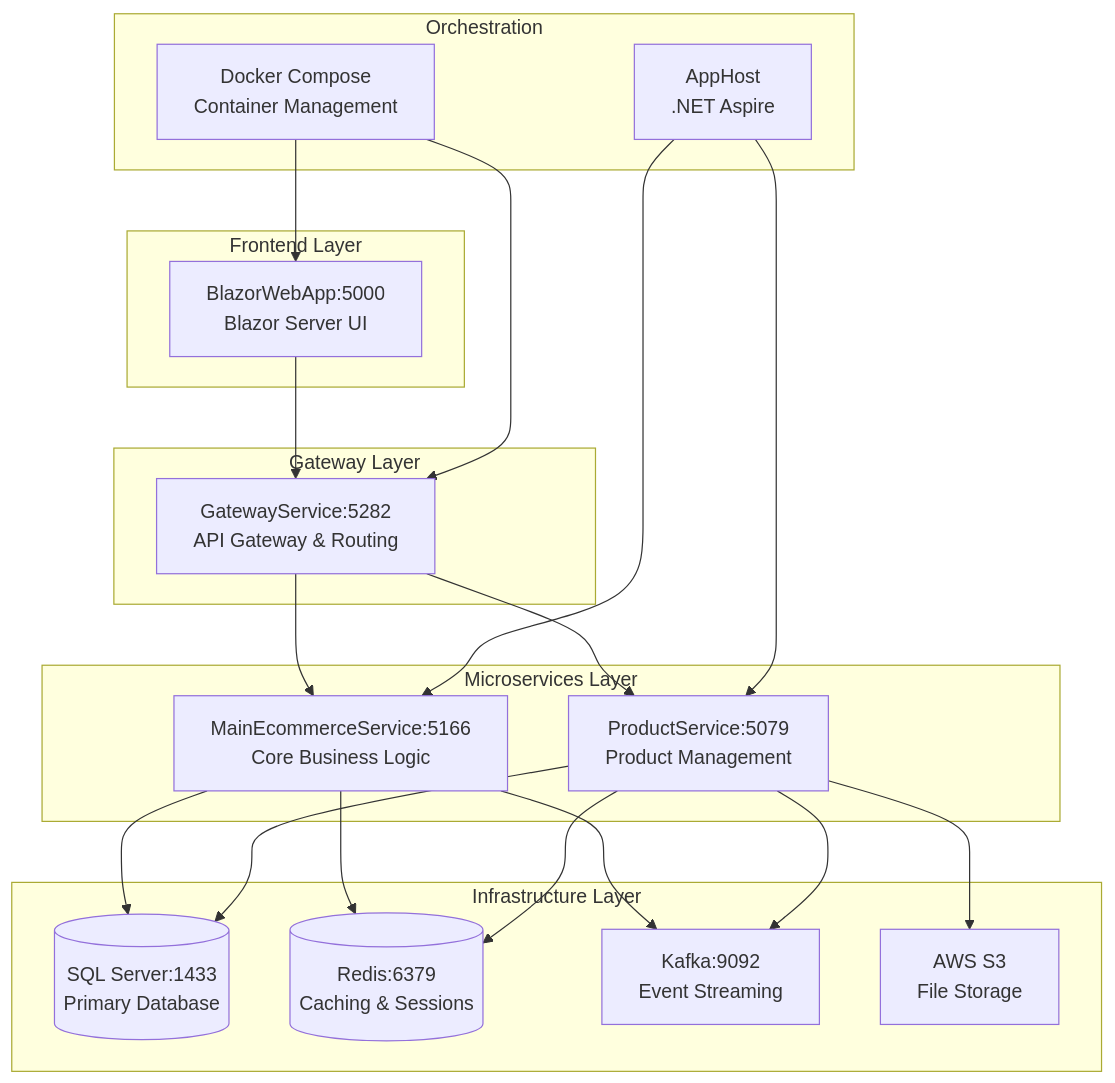
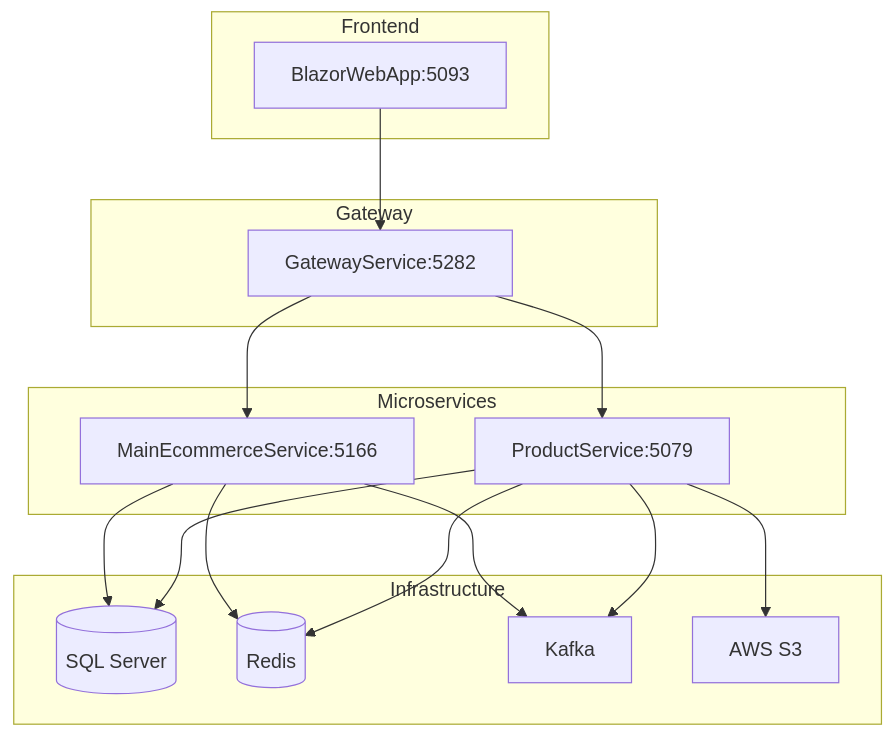
One commit to huanop3/EcommerShop_V2 changed the diagram in README.md. Above: the diagram before and after it, drawn with Mermaid. The commit also changed other lines of this file and 58 other files, not shown here.

````diff
--- a/README.md
+++ b/README.md
@@ -15,42 +14,33 @@
 ```mermaid
 graph TB
-    subgraph "Frontend Layer"
-        BA[BlazorWebApp:5000<br/>Blazor Server UI]
+    subgraph "Frontend"
+        BA[BlazorWebApp:5093]
     end
     
-    subgraph "Gateway Layer"  
-        GW[GatewayService:5282<br/>API Gateway & Routing]
+    subgraph "Gateway"  
+        GW[GatewayService:5282]
     end
     
-    subgraph "Microservices Layer"
-        MS[MainEcommerceService:5166<br/>Core Business Logic]
-        PS[ProductService:5079<br/>Product Management]
+    subgraph "Microservices"
+        MS[MainEcommerceService:5166]
+        PS[ProductService:5079]
     end
     
-    subgraph "Infrastructure Layer"
-        SQL[(SQL Server:1433<br/>Primary Database)]
-        REDIS[(Redis:6379<br/>Caching & Sessions)]
-        KAFKA[Kafka:9092<br/>Event Streaming]
-        S3[AWS S3<br/>File Storage]
-    end
-    
-    subgraph "Orchestration"
-        AH[AppHost<br/>.NET Aspire]
-        DC[Docker Compose<br/>Container Management]
+    subgraph "Infrastructure"
+        SQL[(SQL Server)]
+        REDIS[(Redis)]
+        KAFKA[Kafka]
+        S3[AWS S3]
     end
     
     BA --> GW
     GW --> MS
     GW --> PS
     MS --> SQL
     PS --> SQL
     MS --> REDIS
     PS --> REDIS
     MS --> KAFKA
     PS --> KAFKA
     PS --> S3
-    AH --> MS
-    AH --> PS
-    DC --> BA
-    DC --> GW
 ```
````
